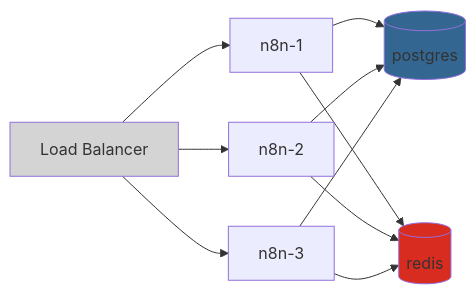
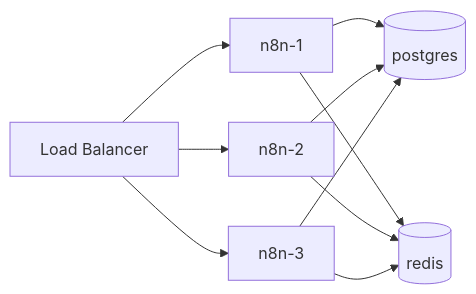
Before and after one commit to KomarovAI/n8n-scraper-docker: the fifth of 7 diagrams in ARCHITECTURE.md, drawn with Mermaid. The commit also changed other lines of this file, not shown here.

First line of the commit message:
docs: ML-optimized architecture v3.0 - diagrams only, 85% reduction

````diff
--- a/ARCHITECTURE.md
+++ b/ARCHITECTURE.md
@@ -285,18 +131,12 @@
 ```mermaid
 graph LR
     LB[Load Balancer] --> N1[n8n-1]
     LB --> N2[n8n-2]
     LB --> N3[n8n-3]
-    
     N1 --> P[(postgres)]
     N2 --> P
     N3 --> P
-    
     N1 --> R[(redis)]
     N2 --> R
     N3 --> R
-
-    style LB fill:#d4d4d4
-    style P fill:#336791
-    style R fill:#d82c20
 ```
````
